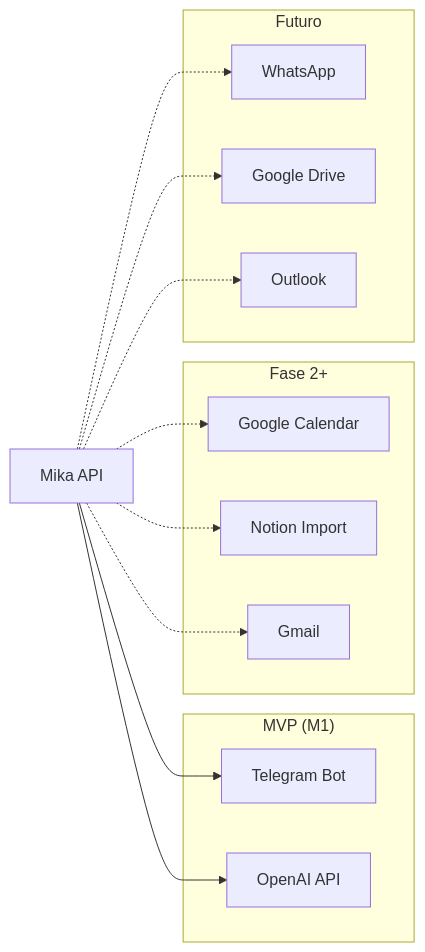
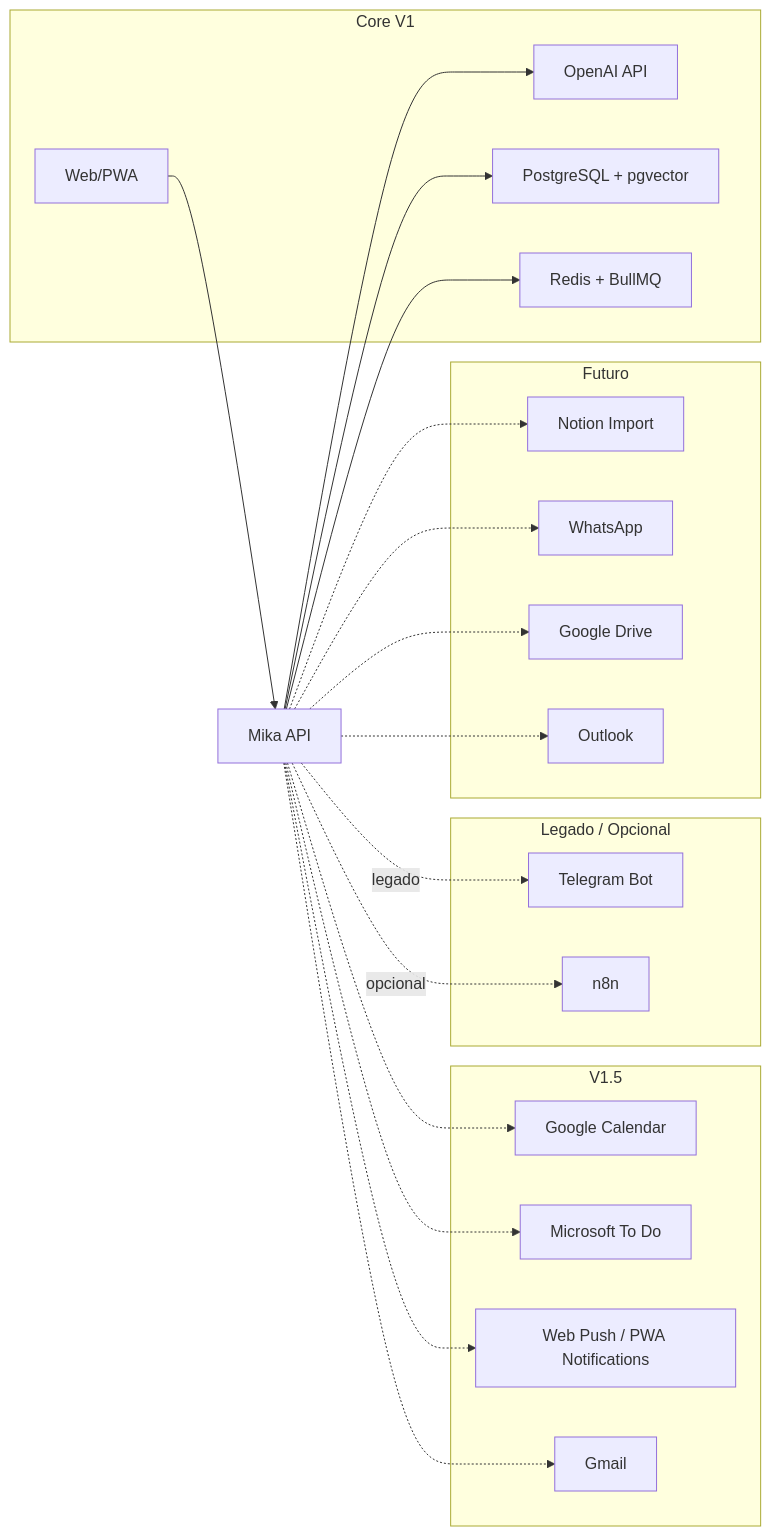
One commit to Erikrit/mika changed the diagram in .specs/architecture/INTEGRATIONS.md. Above: the diagram before and after it, drawn with Mermaid. The commit also changed other lines of this file and 6 other files, not shown here.

````diff
--- a/.specs/architecture/INTEGRATIONS.md
+++ b/.specs/architecture/INTEGRATIONS.md
@@ -10,28 +10,43 @@
 ```mermaid
 graph LR
-    subgraph MVP["MVP (M1)"]
-        TG[Telegram Bot]
+    subgraph Core["Core V1"]
+        WEB[Web/PWA]
         OAI[OpenAI API]
+        PG[PostgreSQL + pgvector]
+        REDIS[Redis + BullMQ]
     end
 
-    subgraph Phase2["Fase 2+"]
+    subgraph V15["V1.5"]
         GCAL[Google Calendar]
-        NOTION[Notion Import]
+        TODO[Microsoft To Do]
+        PUSH[Web Push / PWA Notifications]
         GMAIL[Gmail]
     end
 
+    subgraph Optional["Legado / Opcional"]
+        TG[Telegram Bot]
+        N8N[n8n]
+    end
+
     subgraph Future["Futuro"]
+        NOTION[Notion Import]
         WA[WhatsApp]
         GDRIVE[Google Drive]
         OUTLOOK[Outlook]
     end
 
-    MIKA[Mika API] --> TG
+    WEB --> MIKA[Mika API]
     MIKA --> OAI
+    MIKA --> PG
+    MIKA --> REDIS
     MIKA -.-> GCAL
+    MIKA -.-> TODO
+    MIKA -.-> PUSH
+    MIKA -.-> GMAIL
+    MIKA -. legado .-> TG
+    MIKA -. opcional .-> N8N
     MIKA -.-> NOTION
-    MIKA -.-> GMAIL
     MIKA -.-> WA
     MIKA -.-> GDRIVE
     MIKA -.-> OUTLOOK
 ```
````
